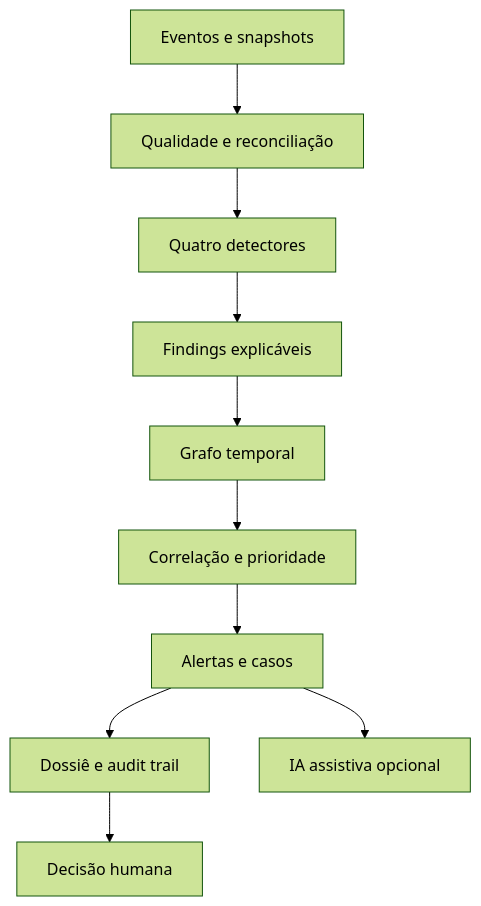
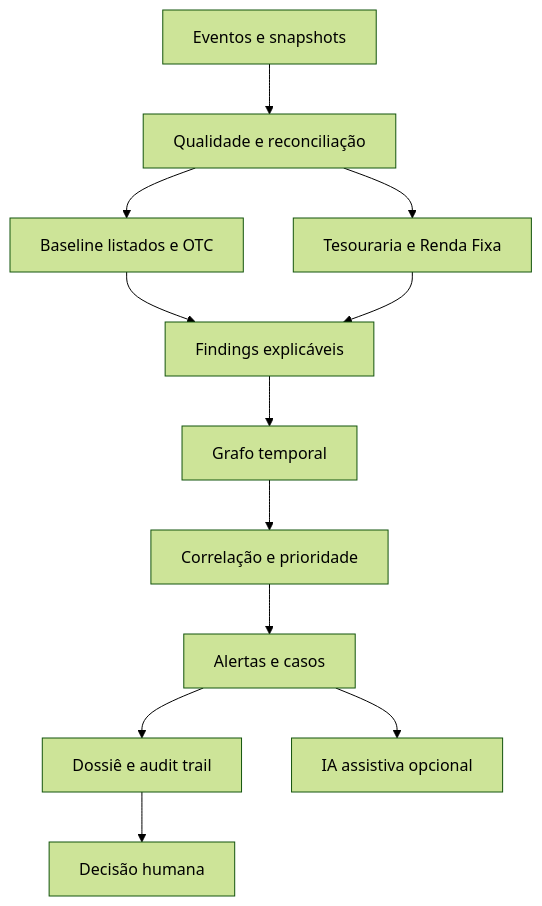
One commit to belemcrizan/Teste_monitoramento changed the diagram in README.md. Above: the diagram before and after it, drawn with Mermaid (forest theme). The commit also changed other lines of this file and 34 other files, not shown here.

````diff
--- a/README.md
+++ b/README.md
@@ -87,12 +96,14 @@
 ```mermaid
 flowchart TB
     A[Eventos e snapshots] --> B[Qualidade e reconciliação]
-    B --> C[Quatro detectores]
+    B --> C[Baseline listados e OTC]
+    B --> K[Tesouraria e Renda Fixa]
     C --> D[Findings explicáveis]
+    K --> D
     D --> E[Grafo temporal]
     E --> F[Correlação e prioridade]
     F --> G[Alertas e casos]
     G --> H[Dossiê e audit trail]
     H --> I[Decisão humana]
     G --> J[IA assistiva opcional]
 ```
````
